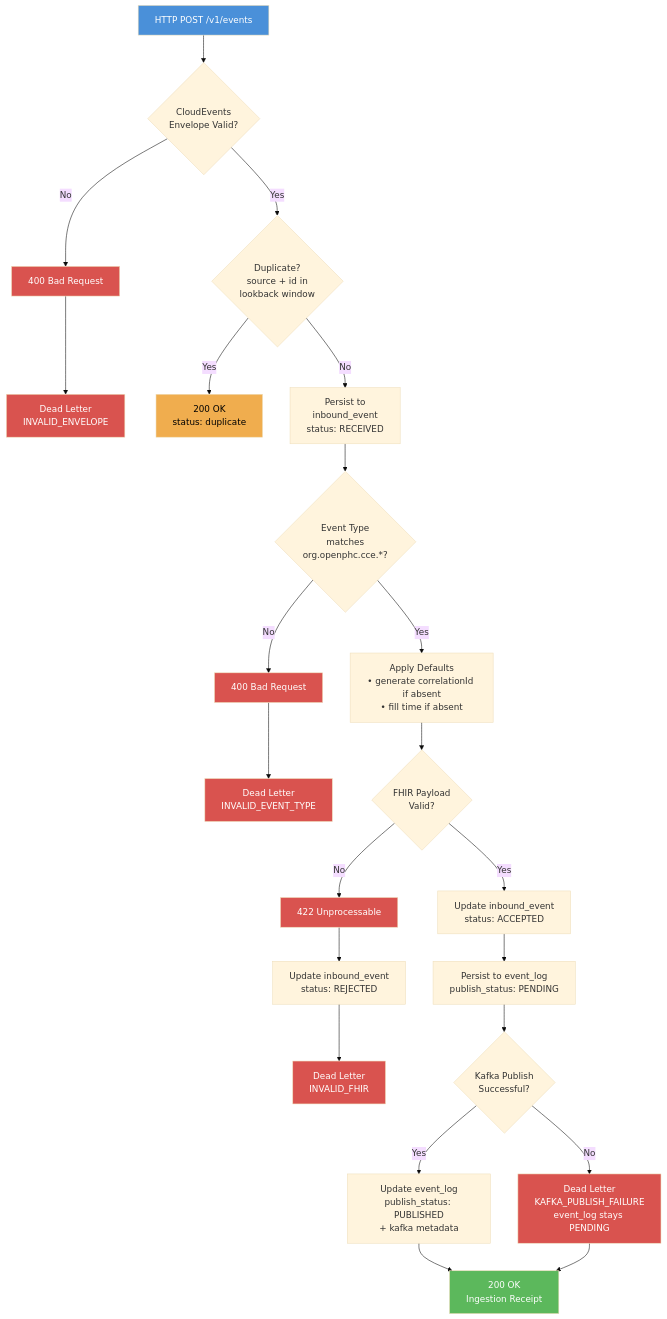
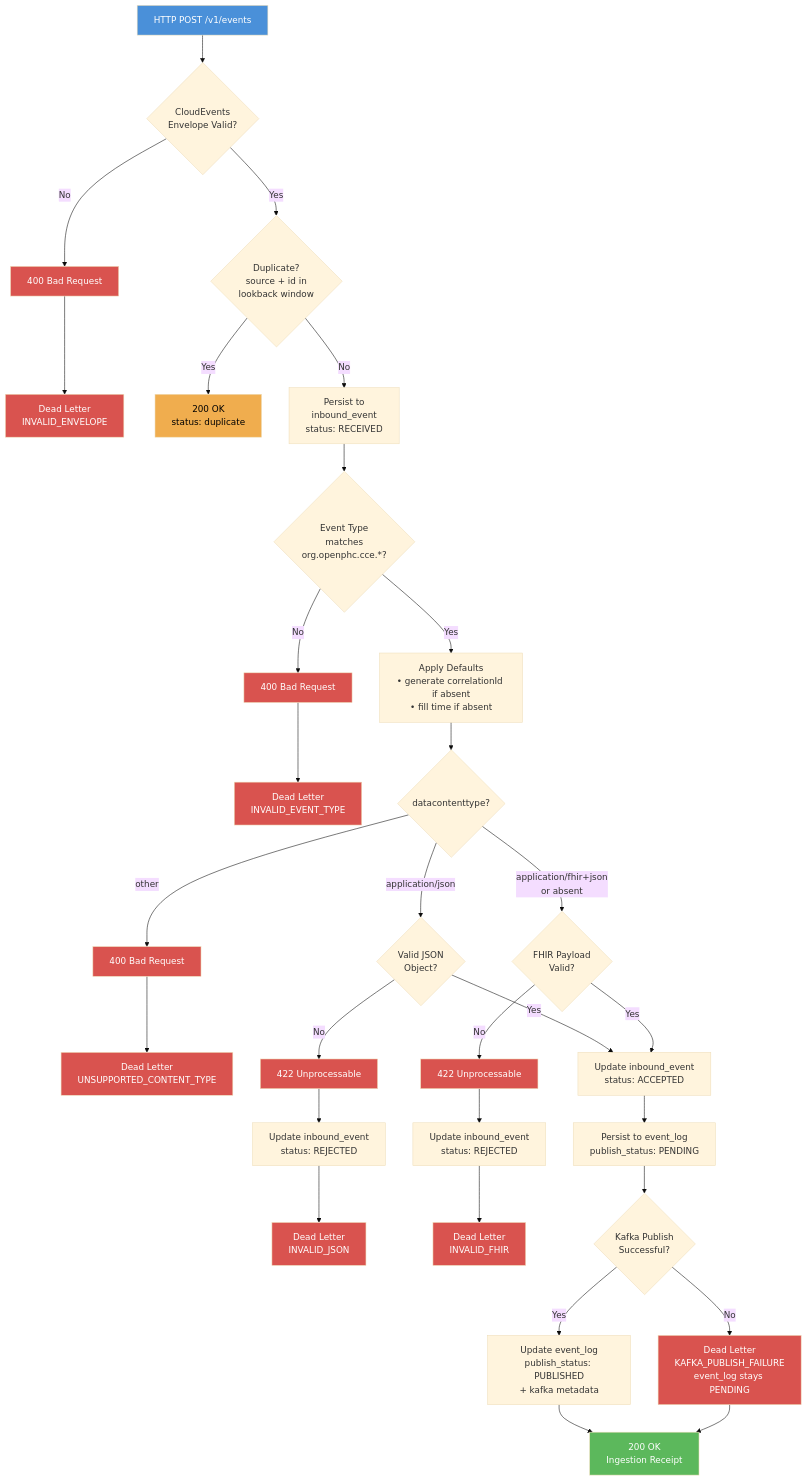
The first of 8 diagrams in docs/flow-diagrams.md (Jayaprakash8887/cce-collector-service), drawn with Mermaid (base theme) before and after one commit. The commit also changed 2 other files, not shown here.

Commit message:
Feat #CCE-53: Service Design Documents
Enhance payload validation and flow diagrams for FHIR and non_FHIR (JSON) handling

````diff
--- a/docs/flow-diagrams.md
+++ b/docs/flow-diagrams.md
@@ -9,35 +9,47 @@
 ```mermaid
 flowchart TD
     A[HTTP POST /v1/events] --> B{CloudEvents<br/>Envelope Valid?}
     B -->|No| C[400 Bad Request]
     C --> C1[Dead Letter<br/>INVALID_ENVELOPE]
     B -->|Yes| D{Duplicate?<br/>source + id in<br/>lookback window}
     D -->|Yes| E[200 OK<br/>status: duplicate]
     D -->|No| F[Persist to<br/>inbound_event<br/>status: RECEIVED]
     F --> G1{Event Type<br/>matches<br/>org.openphc.cce.*?}
     G1 -->|No| G1a[400 Bad Request]
     G1a --> G1b[Dead Letter<br/>INVALID_EVENT_TYPE]
     G1 -->|Yes| G2[Apply Defaults<br/>• generate correlationId if absent<br/>• fill time if absent]
-    G2 --> H{FHIR Payload<br/>Valid?}
+    G2 --> H0{datacontenttype?}
+    H0 -->|application/fhir+json<br/>or absent| H{FHIR Payload<br/>Valid?}
+    H0 -->|application/json| H3{Valid JSON<br/>Object?}
+    H0 -->|other| H4[400 Bad Request]
+    H4 --> H4a[Dead Letter<br/>UNSUPPORTED_CONTENT_TYPE]
+    H3 -->|No| H3a[422 Unprocessable]
+    H3a --> H3b[Update inbound_event<br/>status: REJECTED]
+    H3b --> H3c[Dead Letter<br/>INVALID_JSON]
+    H3 -->|Yes| J[Update inbound_event<br/>status: ACCEPTED]
     H -->|No| I[422 Unprocessable]
     I --> I1[Update inbound_event<br/>status: REJECTED]
     I1 --> I2[Dead Letter<br/>INVALID_FHIR]
     H -->|Yes| J[Update inbound_event<br/>status: ACCEPTED]
     J --> K[Persist to event_log<br/>publish_status: PENDING]
     K --> L{Kafka Publish<br/>Successful?}
     L -->|Yes| M[Update event_log<br/>publish_status: PUBLISHED<br/>+ kafka metadata]
     L -->|No| N[Dead Letter<br/>KAFKA_PUBLISH_FAILURE<br/>event_log stays PENDING]
     M --> O[200 OK<br/>Ingestion Receipt]
     N --> O
 
     style A fill:#4a90d9,color:#fff
     style E fill:#f0ad4e,color:#000
     style O fill:#5cb85c,color:#fff
     style C fill:#d9534f,color:#fff
     style I fill:#d9534f,color:#fff
     style C1 fill:#d9534f,color:#fff
     style I2 fill:#d9534f,color:#fff
     style N fill:#d9534f,color:#fff
     style G1a fill:#d9534f,color:#fff
     style G1b fill:#d9534f,color:#fff
+    style H4 fill:#d9534f,color:#fff
+    style H4a fill:#d9534f,color:#fff
+    style H3a fill:#d9534f,color:#fff
+    style H3c fill:#d9534f,color:#fff
 ```
````
